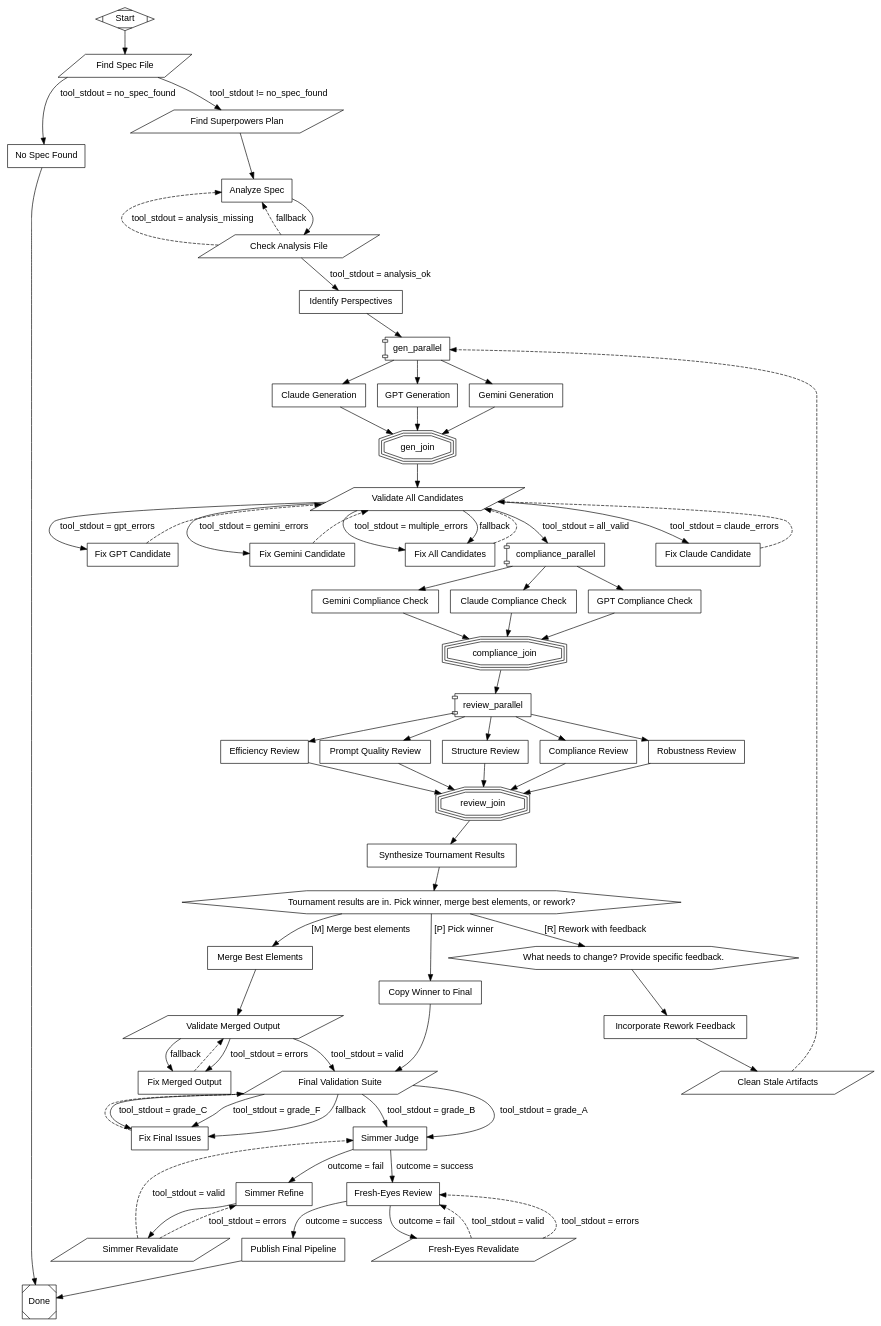
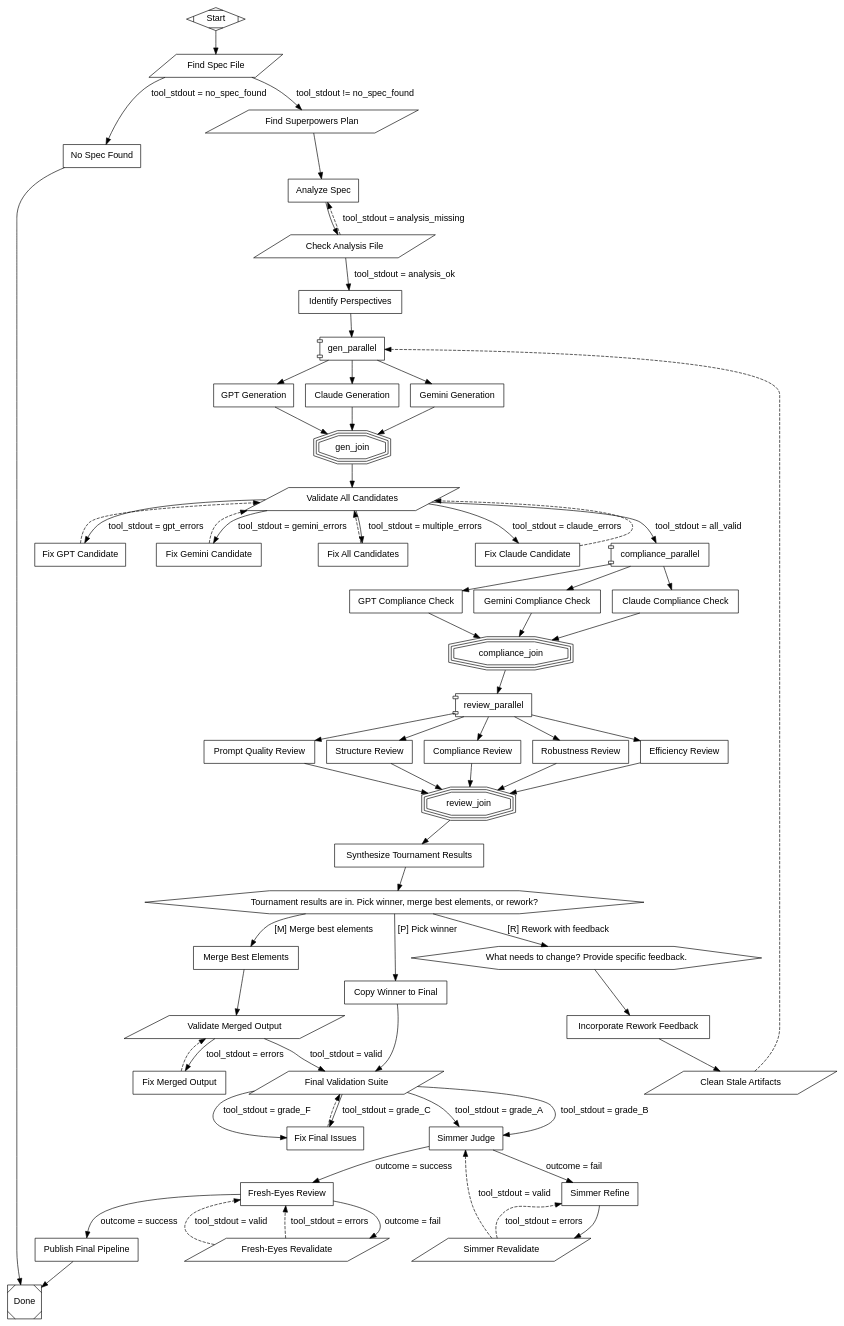
One commit to 2389-research/pipelines changed the diagram in spec_to_dip.dot. Above: the diagram before and after it, drawn with Graphviz. The commit also changed 1 other file, not shown here.

Commit message:
fix(spec-to-dip): remove unconditional fallback edges that broke simulation
The fallback edges on check_analysis, validate_all, validate_merge,
and final_validate caused the simulator to loop infinitely (tool stdout
conditions unresolvable without real execution). Removed since the
tool conditions are exhaustive — the DIP102 warnings are false positives.

Simulation: 100 paths enumerated, all success, zero failures.

```diff
--- a/spec_to_dip.dot
+++ b/spec_to_dip.dot
@@ -1,127 +1,123 @@
 digraph SpecToDip {
   rankdir=TB;
   node [fontname="Helvetica"];
   edge [fontname="Helvetica"];
   Start [label="Start", shape="Mdiamond"];
   Done [label="Done", shape="Msquare"];
   no_spec_exit [label="No Spec Found", shape="box"];
   find_spec [label="Find Spec File", shape="parallelogram"];
   find_plan [label="Find Superpowers Plan", shape="parallelogram"];
   analyze_spec [label="Analyze Spec", shape="box"];
   check_analysis [label="Check Analysis File", shape="parallelogram"];
   identify_perspectives [label="Identify Perspectives", shape="box"];
   gen_parallel [label="gen_parallel", shape="component"];
   gen_claude [label="Claude Generation", shape="box"];
   gen_gpt [label="GPT Generation", shape="box"];
   gen_gemini [label="Gemini Generation", shape="box"];
   gen_join [label="gen_join", shape="tripleoctagon"];
   validate_all [label="Validate All Candidates", shape="parallelogram"];
   fix_claude [label="Fix Claude Candidate", shape="box"];
   fix_gpt [label="Fix GPT Candidate", shape="box"];
   fix_gemini [label="Fix Gemini Candidate", shape="box"];
   fix_all [label="Fix All Candidates", shape="box"];
   compliance_parallel [label="compliance_parallel", shape="component"];
   compliance_claude [label="Claude Compliance Check", shape="box"];
   compliance_gpt [label="GPT Compliance Check", shape="box"];
   compliance_gemini [label="Gemini Compliance Check", shape="box"];
   compliance_join [label="compliance_join", shape="tripleoctagon"];
   review_parallel [label="review_parallel", shape="component"];
   review_structure [label="Structure Review", shape="box"];
   review_compliance [label="Compliance Review", shape="box"];
   review_robustness [label="Robustness Review", shape="box"];
   review_efficiency [label="Efficiency Review", shape="box"];
   review_prompts [label="Prompt Quality Review", shape="box"];
   review_join [label="review_join", shape="tripleoctagon"];
   synthesize_scores [label="Synthesize Tournament Results", shape="box"];
   human_select [label="Tournament results are in. Pick winner, merge best elements, or rework?", shape="hexagon"];
   copy_winner [label="Copy Winner to Final", shape="box"];
   merge_candidates [label="Merge Best Elements", shape="box"];
   validate_merge [label="Validate Merged Output", shape="parallelogram"];
   fix_merge [label="Fix Merged Output", shape="box"];
   rework_feedback [label="What needs to change? Provide specific feedback.", shape="hexagon"];
   rework_cleanup [label="Clean Stale Artifacts", shape="parallelogram"];
   rework_analysis [label="Incorporate Rework Feedback", shape="box"];
   final_validate [label="Final Validation Suite", shape="parallelogram"];
   final_fix [label="Fix Final Issues", shape="box"];
   simmer_judge [label="Simmer Judge", shape="box"];
   simmer_refine [label="Simmer Refine", shape="box"];
   simmer_revalidate [label="Simmer Revalidate", shape="parallelogram"];
   fresh_eyes [label="Fresh-Eyes Review", shape="box"];
   fresh_eyes_revalidate [label="Fresh-Eyes Revalidate", shape="parallelogram"];
   publish_output [label="Publish Final Pipeline", shape="box"];
 
   Start -> find_spec;
   find_spec -> find_plan [condition="tool_stdout != no_spec_found", label="tool_stdout != no_spec_found"];
   find_spec -> no_spec_exit [condition="tool_stdout = no_spec_found", label="tool_stdout = no_spec_found"];
   find_plan -> analyze_spec;
   no_spec_exit -> Done;
   analyze_spec -> check_analysis;
   check_analysis -> identify_perspectives [condition="tool_stdout = analysis_ok", label="tool_stdout = analysis_ok"];
   check_analysis -> analyze_spec [condition="tool_stdout = analysis_missing", label="tool_stdout = analysis_missing", restart="true", style="dashed"];
-  check_analysis -> analyze_spec [label="fallback", restart="true", style="dashed"];
   identify_perspectives -> gen_parallel;
   gen_parallel -> gen_claude;
   gen_parallel -> gen_gpt;
   gen_parallel -> gen_gemini;
   gen_claude -> gen_join;
   gen_gpt -> gen_join;
   gen_gemini -> gen_join;
   gen_join -> validate_all;
   validate_all -> compliance_parallel [condition="tool_stdout = all_valid", label="tool_stdout = all_valid"];
   validate_all -> fix_claude [condition="tool_stdout = claude_errors", label="tool_stdout = claude_errors"];
   validate_all -> fix_gpt [condition="tool_stdout = gpt_errors", label="tool_stdout = gpt_errors"];
   validate_all -> fix_gemini [condition="tool_stdout = gemini_errors", label="tool_stdout = gemini_errors"];
   validate_all -> fix_all [condition="tool_stdout = multiple_errors", label="tool_stdout = multiple_errors"];
-  validate_all -> fix_all [label="fallback"];
   fix_claude -> validate_all [restart="true", style="dashed"];
   fix_gpt -> validate_all [restart="true", style="dashed"];
   fix_gemini -> validate_all [restart="true", style="dashed"];
   fix_all -> validate_all [restart="true", style="dashed"];
   compliance_parallel -> compliance_claude;
   compliance_parallel -> compliance_gpt;
   compliance_parallel -> compliance_gemini;
   compliance_claude -> compliance_join;
   compliance_gpt -> compliance_join;
   compliance_gemini -> compliance_join;
   compliance_join -> review_parallel;
   review_parallel -> review_structure;
   review_parallel -> review_compliance;
   review_parallel -> review_robustness;
   review_parallel -> review_efficiency;
   review_parallel -> review_prompts;
   review_structure -> review_join;
   review_compliance -> review_join;
   review_robustness -> review_join;
   review_efficiency -> review_join;
   review_prompts -> review_join;
   review_join -> synthesize_scores;
   synthesize_scores -> human_select;
   human_select -> copy_winner [label="[P] Pick winner"];
   human_select -> merge_candidates [label="[M] Merge best elements"];
   human_select -> rework_feedback [label="[R] Rework with feedback"];
   copy_winner -> final_validate;
   merge_candidates -> validate_merge;
   validate_merge -> fix_merge [condition="tool_stdout = errors", label="tool_stdout = errors"];
   fix_merge -> validate_merge [restart="true", style="dashed"];
   validate_merge -> final_validate [condition="tool_stdout = valid", label="tool_stdout = valid"];
-  validate_merge -> fix_merge [label="fallback"];
   rework_feedback -> rework_analysis;
   rework_analysis -> rework_cleanup;
   rework_cleanup -> gen_parallel [restart="true", style="dashed"];
   final_validate -> final_fix [condition="tool_stdout = grade_C", label="tool_stdout = grade_C"];
   final_validate -> final_fix [condition="tool_stdout = grade_F", label="tool_stdout = grade_F"];
   final_fix -> final_validate [restart="true", style="dashed"];
   final_validate -> simmer_judge [condition="tool_stdout = grade_A", label="tool_stdout = grade_A"];
   final_validate -> simmer_judge [condition="tool_stdout = grade_B", label="tool_stdout = grade_B"];
-  final_validate -> final_fix [label="fallback"];
   simmer_judge -> fresh_eyes [condition="outcome = success", label="outcome = success"];
   simmer_judge -> simmer_refine [condition="outcome = fail", label="outcome = fail"];
   simmer_refine -> simmer_revalidate;
   simmer_revalidate -> simmer_judge [condition="tool_stdout = valid", label="tool_stdout = valid", restart="true", style="dashed"];
   simmer_revalidate -> simmer_refine [condition="tool_stdout = errors", label="tool_stdout = errors", restart="true", style="dashed"];
   fresh_eyes -> publish_output [condition="outcome = success", label="outcome = success"];
   fresh_eyes -> fresh_eyes_revalidate [condition="outcome = fail", label="outcome = fail"];
   fresh_eyes_revalidate -> fresh_eyes [condition="tool_stdout = valid", label="tool_stdout = valid", restart="true", style="dashed"];
   fresh_eyes_revalidate -> fresh_eyes [condition="tool_stdout = errors", label="tool_stdout = errors", restart="true", style="dashed"];
   publish_output -> Done;
 }
```
